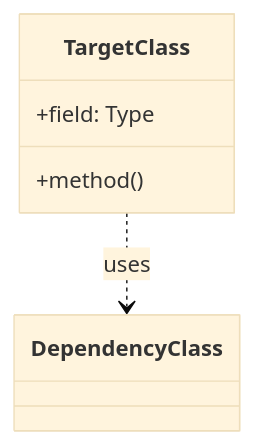
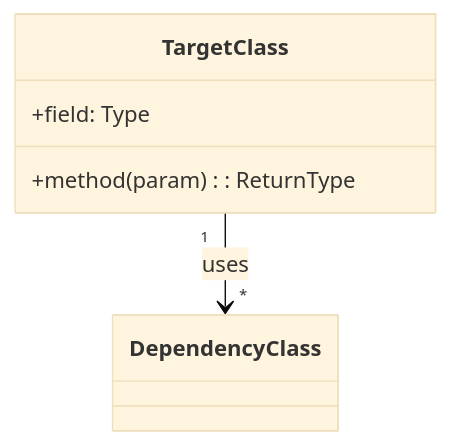
The first of 7 diagrams in java-deep-analysis/SKILL.md (82030615/devops-skills), drawn with Mermaid (base theme) before and after one commit. The commit also changed other lines of this file and 2 other files, not shown here.

````diff
--- a/java-deep-analysis/SKILL.md
+++ b/java-deep-analysis/SKILL.md
@@ -44,8 +73,8 @@
-   ```mermaid
-   classDiagram
-       class TargetClass {
-           +field: Type
-           +method()
-       }
-       TargetClass ..> DependencyClass : uses
-   ```
+```mermaid
+classDiagram
+    class TargetClass {
+        +field: Type
+        +method(param): ReturnType
+    }
+    TargetClass "1" --> "*" DependencyClass : uses
+```
````
